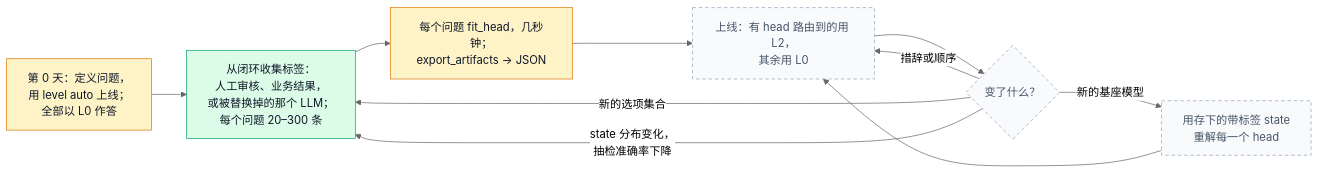
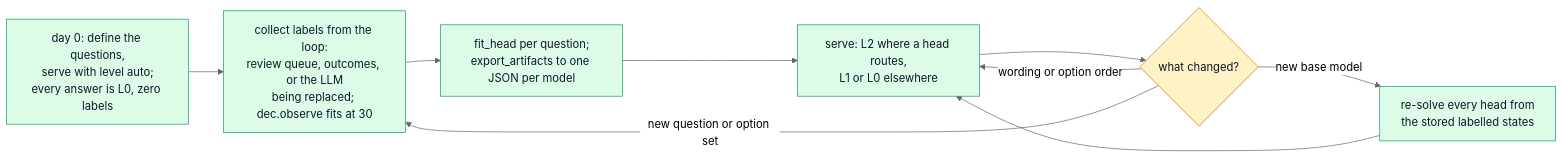
The second of 2 diagrams in README.zh-CN.md (MorrisZJ/AnyJev), drawn with Mermaid (neutral theme) before and after one commit. The commit also changed other lines of this file and 23 other files, not shown here.

````diff
--- a/README.zh-CN.md
+++ b/README.zh-CN.md
@@ -201,19 +138,16 @@
 ```mermaid
 flowchart LR
-    S0["第 0 天：定义问题，<br/>用 level auto 上线；<br/>全部以 L0 作答"] --> C["从闭环收集标签：<br/>人工审核、业务结果，<br/>或被替换掉的那个 LLM；<br/>每个问题 20–300 条"]
-    C --> FH["每个问题 fit_head，几秒钟；<br/>export_artifacts → JSON"]
-    FH --> SV["上线：有 head 路由到的用 L2，<br/>其余用 L0"]
-    SV --> W{"变了什么？"}
-    W -- "措辞或顺序" --> SV
-    W -- "新的选项集合" --> C
-    W -- "state 分布变化，<br/>抽检准确率下降" --> C
-    W -- "新的基座模型" --> RS["用存下的带标签 state<br/>重解每一个 head"]
-    RS --> SV
+    D0["day 0: define the questions,<br/>serve with level auto;<br/>every answer is L0, zero labels"] --> C["collect labels from the loop:<br/>review queue, outcomes, or the LLM<br/>being replaced; dec.observe fits at 30"]
+    C --> F["fit_head per question;<br/>export_artifacts to one JSON per model"]
+    F --> S["serve: L2 where a head routes,<br/>L1 or L0 elsewhere"]
+    S --> W{"what changed?"}
+    W -->|"wording or option order"| S
+    W -->|"new question or option set"| C
+    W -->|"new base model"| R["re-solve every head from<br/>the stored labelled states"]
+    R --> S
 
     classDef shipped fill:#dcfce7,stroke:#0f9d76,color:#0f172a
-    classDef preview fill:#fef3c7,stroke:#d97706,color:#0f172a
-    classDef planned fill:#f8fafc,stroke:#94a3b8,stroke-dasharray:5 4,color:#475569
-    class C shipped
-    class S0,FH preview
-    class SV,W,RS planned
+    classDef decision fill:#fef3c7,stroke:#d97706,color:#0f172a
+    class D0,C,F,S,R shipped
+    class W decision
 ```
````
